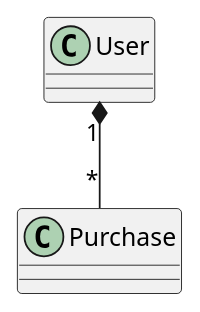
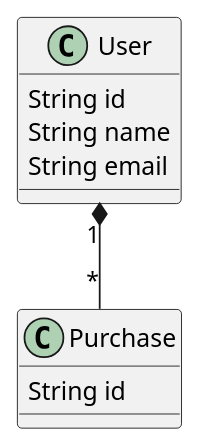
Before and after one commit to JayClock/platform: the first of 6 diagrams in domain/README.md, drawn with PlantUML. The commit also changed other lines of this file, not shown here.

````diff
--- a/domain/README.md
+++ b/domain/README.md
@@ -6,7 +28,13 @@
 ```plantuml
-class User {}
+class User {
+    String id
+    String name
+    String email
+}
 
-class Purchase {}
+class Purchase {
+    String id
+}
 
 User "1" *-- "*" Purchase
 ```
````
